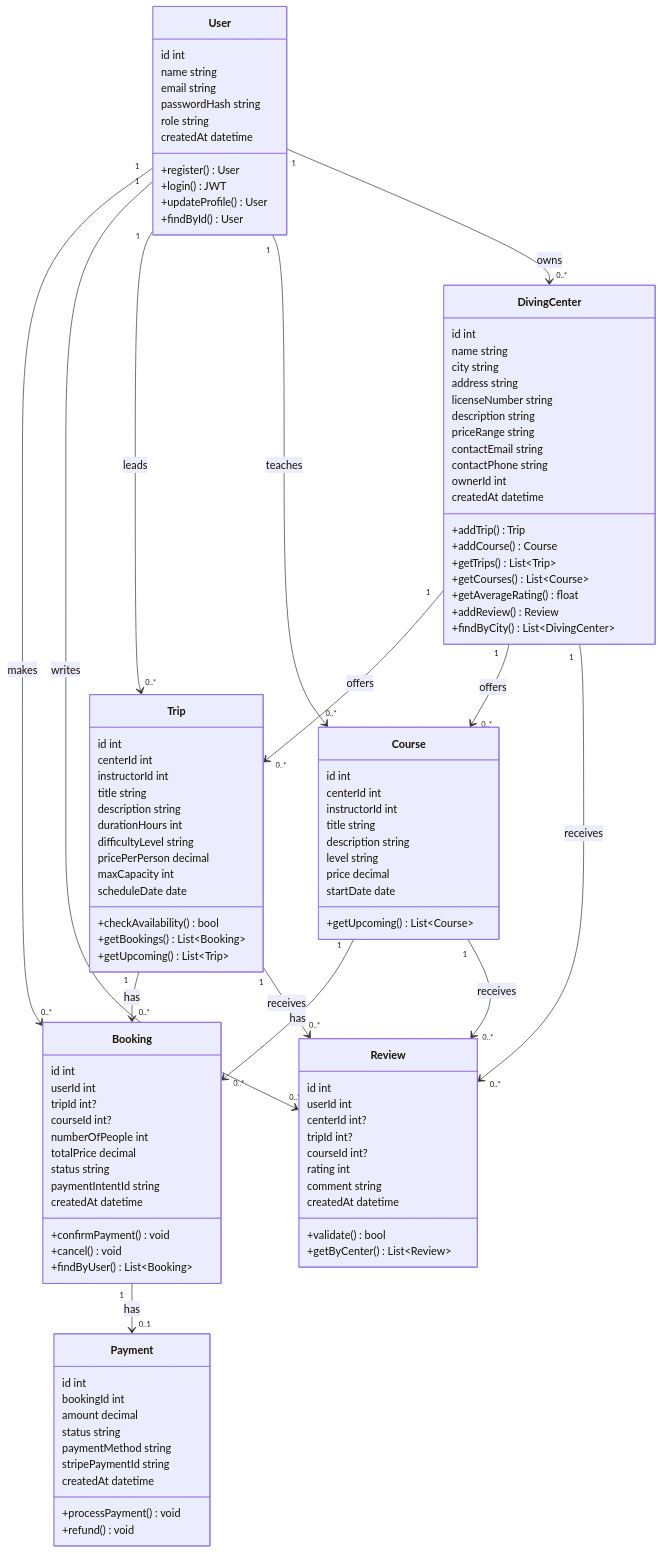
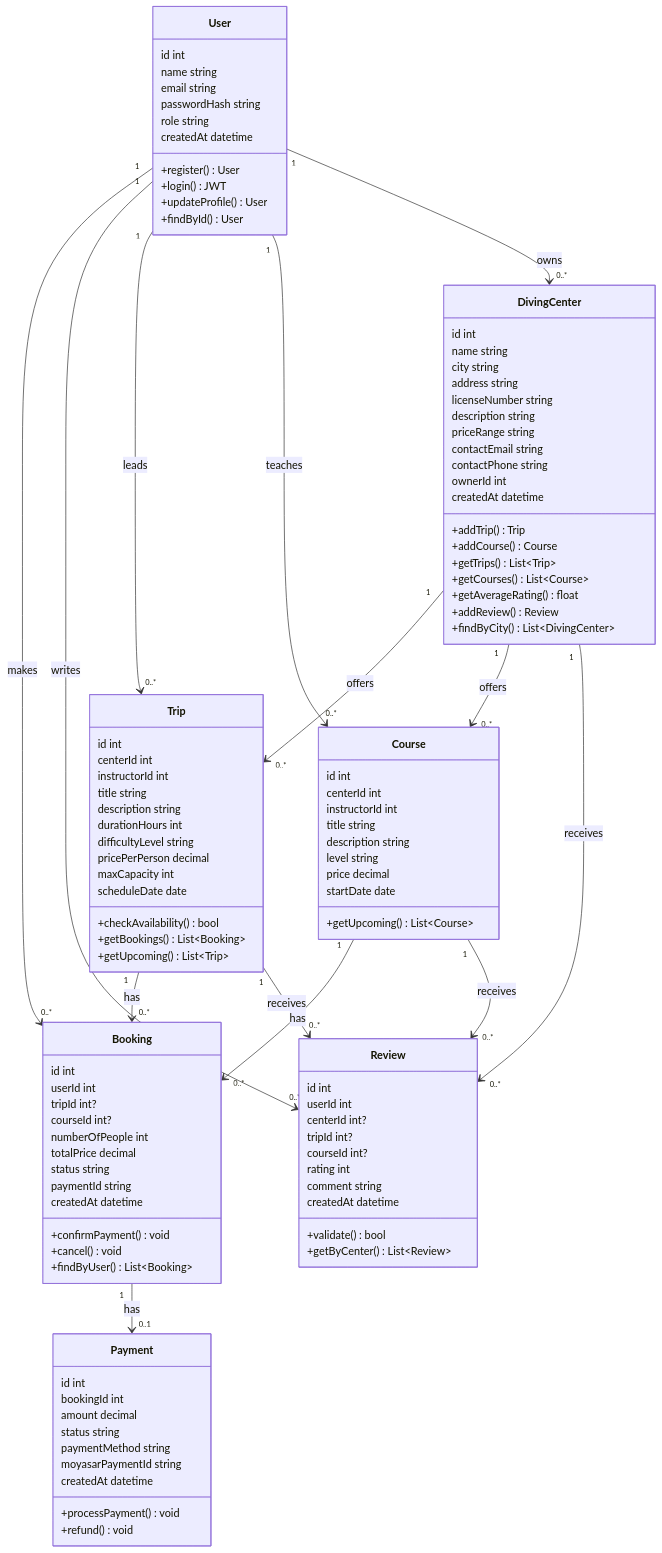
Before and after one commit to laradreamer79/Portfolio-Project: the second of 6 diagrams in stage3/README.md, drawn with Mermaid. The commit also changed other lines of this file and 42 other files, not shown here.

```diff
--- a/stage3/README.md
+++ b/stage3/README.md
@@ -274,7 +274,7 @@
     numberOfPeople int
     totalPrice decimal
     status string
-    paymentIntentId string
+    paymentId string
     createdAt datetime
 
     +confirmPayment() void
@@ -288,7 +288,7 @@
     amount decimal
     status string
     paymentMethod string
-    stripePaymentId string
+    moyasarPaymentId string
     createdAt datetime
 
     +processPayment() void
```
